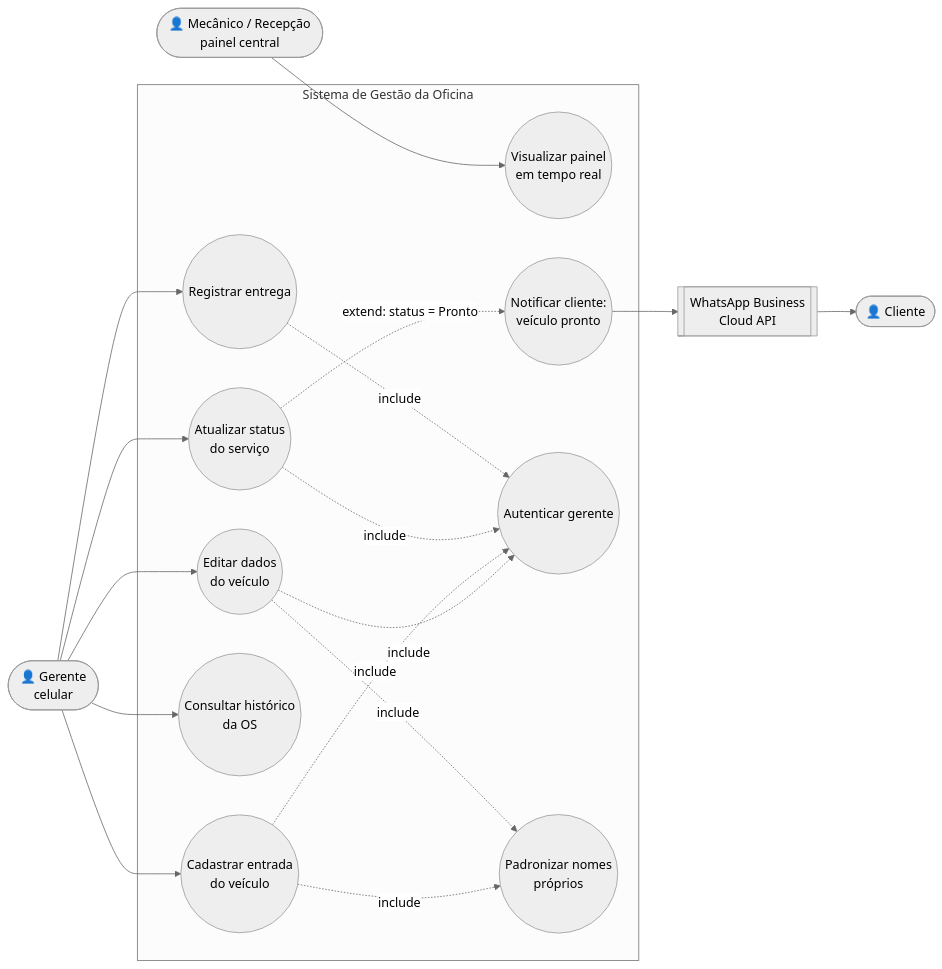
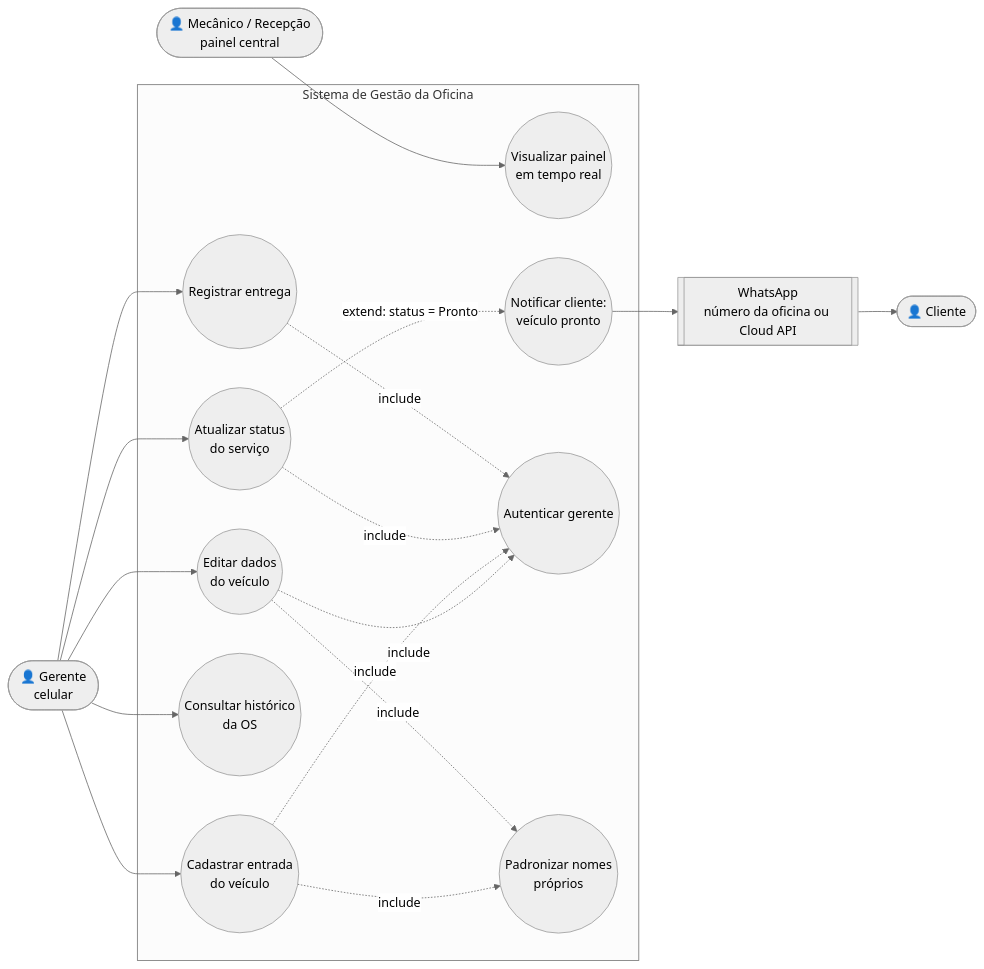
Before and after one commit to CarlosAlvesSantosJr/Gest-oDeVeiculos: the first of 5 diagrams in docs/UML.md, drawn with Mermaid (neutral theme). The commit also changed other lines of this file and 2 other files, not shown here.

Commit message:
Atualiza documentação: mensageria em destaque, WhatsApp da oficina, acesso pelo celular e testes

````diff
--- a/docs/UML.md
+++ b/docs/UML.md
@@ -7,34 +7,34 @@
 ```mermaid
 flowchart LR
     G([👤 Gerente<br/>celular])
     M([👤 Mecânico / Recepção<br/>painel central])
     C([👤 Cliente])
-    W[[WhatsApp Business<br/>Cloud API]]
+    W[[WhatsApp<br/>número da oficina ou Cloud API]]
 
     subgraph Sistema de Gestão da Oficina
         UC1((Cadastrar entrada<br/>do veículo))
         UC2((Atualizar status<br/>do serviço))
         UC3((Registrar entrega))
         UC4((Visualizar painel<br/>em tempo real))
         UC5((Consultar histórico<br/>da OS))
         UC6((Notificar cliente:<br/>veículo pronto))
         UC7((Autenticar gerente))
         UC8((Editar dados<br/>do veículo))
         UC9((Padronizar nomes<br/>próprios))
     end
 
     G --> UC1
     G --> UC2
     G --> UC3
     G --> UC5
     G --> UC8
     M --> UC4
     UC8 -. include .-> UC7
     UC1 -. include .-> UC9
     UC8 -. include .-> UC9
     UC1 -. include .-> UC7
     UC2 -. include .-> UC7
     UC3 -. include .-> UC7
     UC2 -. extend: status = Pronto .-> UC6
     UC6 --> W --> C
 ```
````
